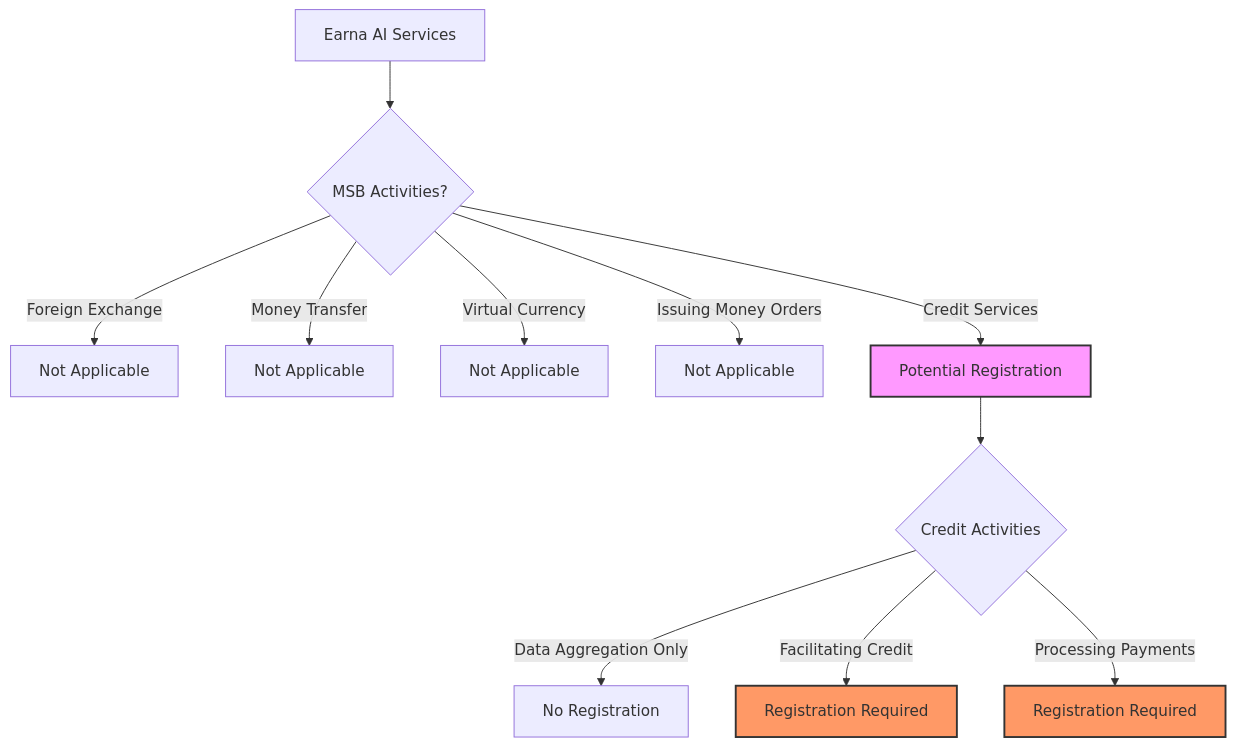
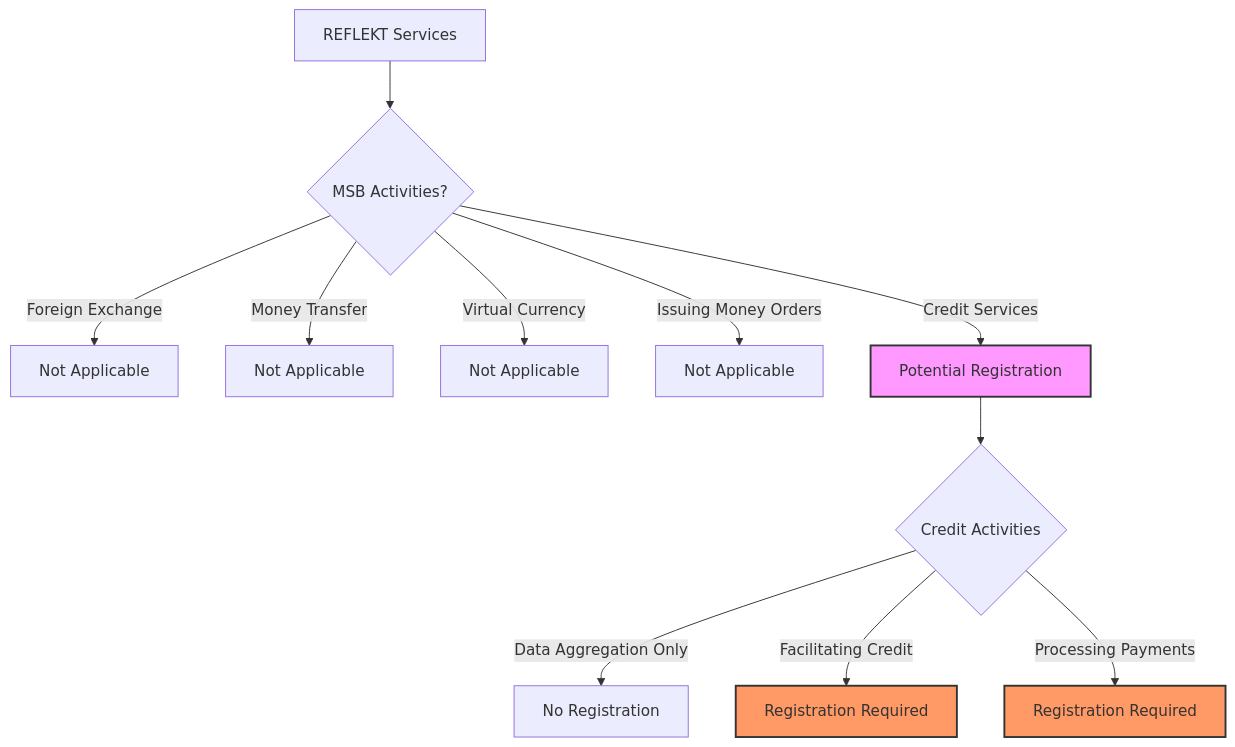
One commit to identity-wael/REFLEKT changed the first of 4 diagrams in docs-nextra/src/content/compliance/financial-regulations/fintrac/index.mdx. Above: the diagram before and after it, drawn with Mermaid. The commit also changed other lines of this file and 88 other files, not shown here.

First line of the commit message:
docs: rebrand docs-nextra from Earna AI to REFLEKT

````diff
--- a/docs-nextra/src/content/compliance/financial-regulations/fintrac/index.mdx
+++ b/docs-nextra/src/content/compliance/financial-regulations/fintrac/index.mdx
@@ -11,18 +11,18 @@
 ```mermaid
 flowchart TD
-    A[Earna AI Services] --> B{MSB Activities?}
+    A[REFLEKT Services] --> B{MSB Activities?}
     B -->|Foreign Exchange| C[Not Applicable]
     B -->|Money Transfer| D[Not Applicable]
     B -->|Virtual Currency| E[Not Applicable]
     B -->|Issuing Money Orders| F[Not Applicable]
     B -->|Credit Services| G[Potential Registration]
 
     G --> H{Credit Activities}
     H -->|Data Aggregation Only| I[No Registration]
     H -->|Facilitating Credit| J[Registration Required]
     H -->|Processing Payments| K[Registration Required]
 
     style G fill:#f9f,stroke:#333,stroke-width:2px
     style J fill:#f96,stroke:#333,stroke-width:2px
     style K fill:#f96,stroke:#333,stroke-width:2px
 ```
````
